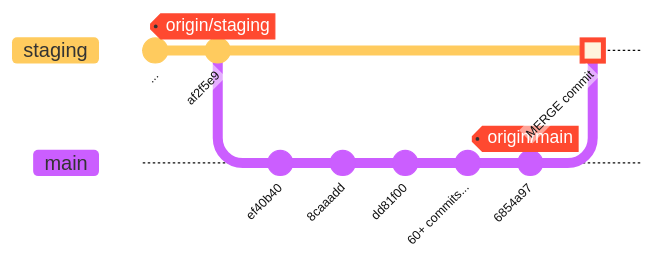
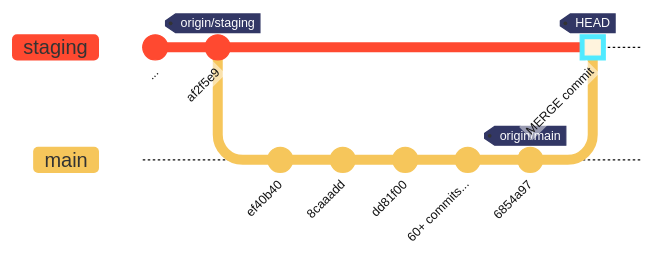
One commit to julie-ng/cloud-architecture-review changed the diagram in docs/git-graphs/1-merge-commit.mmd. Above: the diagram before and after it, drawn with Mermaid. The commit also changed 18 other files, not shown here.

```diff
--- a/docs/git-graphs/1-merge-commit.mmd
+++ b/docs/git-graphs/1-merge-commit.mmd
@@ -1,29 +1,32 @@
 %%{init: {
 	'logLevel': 'debug',
 	'theme': 'base',
 	'themeVariables': {
+		'commitLabelFontSize': '10px',
 		'commitLabelColor': '#111111',
 		'commitLabelBackground': '#ffffff',
-		'tagLabelFontSize': '14px',
+		'tagLabelFontSize': '10px',
 		'tagLabelColor': '#ffffff',
-		'tagLabelBackground': '#ff4930',
-		'tagLabelBorder': '#ff4930',
-		'gitInv0': '#ff4930'
+		'tagLabelBackground': '#323765',
+		'tagLabelBorder': '#323765',
+		'git0': '#ff4930',
+		'git1': '#f6c65b',
+		'git2': '#02ccd5'
   },
 	'gitGraph': {
 		'showBranches': true,
 		'showCommitLabel':true,
 		'mainBranchName': 'staging'
 	}
 }}%%
 gitGraph
 	commit id: "..."
 	commit id: "af2f5e9" tag: "origin/staging"
 	branch main
 	commit id: "ef40b40"
 	commit id: "8caaadd"
 	commit id: "dd81f00"
 	commit id: "60+ commits..."
 	commit id: "6854a97" tag: "origin/main"
 	checkout staging
-	merge main id: "MERGE commit" type: HIGHLIGHT
+	merge main id: "MERGE commit" tag: "HEAD" type: HIGHLIGHT
```
